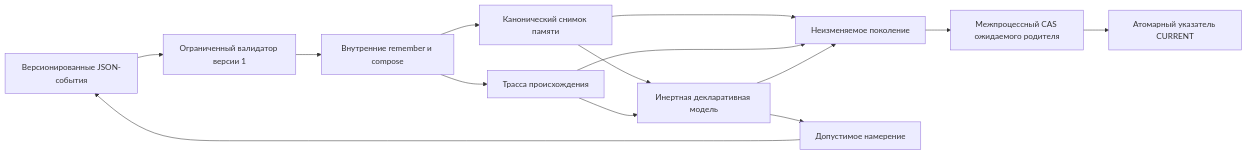
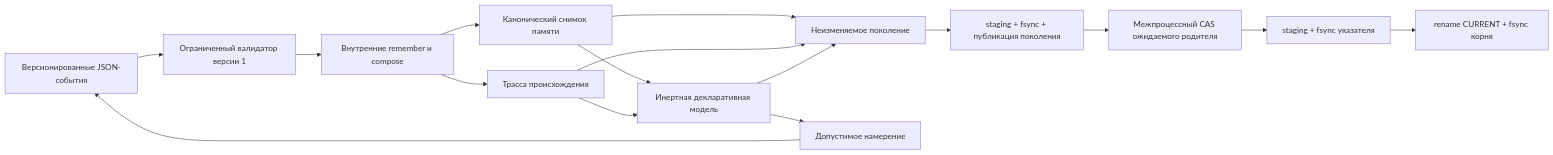
The diagram in Прототипы/воспроизводимое-пополнение-памяти/README.md (fum-lab/fum), drawn with Mermaid before and after one commit. The commit also changed other lines of this file and 21 other files, not shown here.

````diff
--- a/Прототипы/воспроизводимое-пополнение-памяти/README.md
+++ b/Прототипы/воспроизводимое-пополнение-памяти/README.md
@@ -9,16 +9,18 @@
 ```mermaid
 flowchart LR
     events["Версионированные JSON-события"] --> validator["Ограниченный валидатор версии 1"]
     validator --> interpreter["Внутренние remember и compose"]
     interpreter --> snapshot["Канонический снимок памяти"]
     interpreter --> trace["Трасса происхождения"]
     snapshot --> projection["Инертная декларативная модель"]
     trace --> projection
     snapshot --> generation["Неизменяемое поколение"]
     trace --> generation
     projection --> generation
-    generation --> cas["Межпроцессный CAS ожидаемого родителя"]
-    cas --> current["Атомарный указатель CURRENT"]
+    generation --> syncGeneration["staging + fsync + публикация поколения"]
+    syncGeneration --> cas["Межпроцессный CAS ожидаемого родителя"]
+    cas --> syncCurrent["staging + fsync указателя"]
+    syncCurrent --> current["rename CURRENT + fsync корня"]
     projection --> intent["Допустимое намерение"]
     intent --> events
 ```
````
